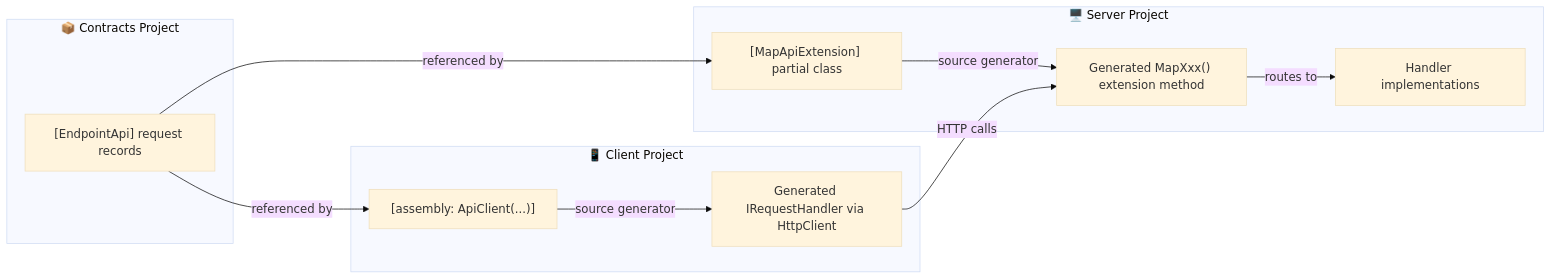
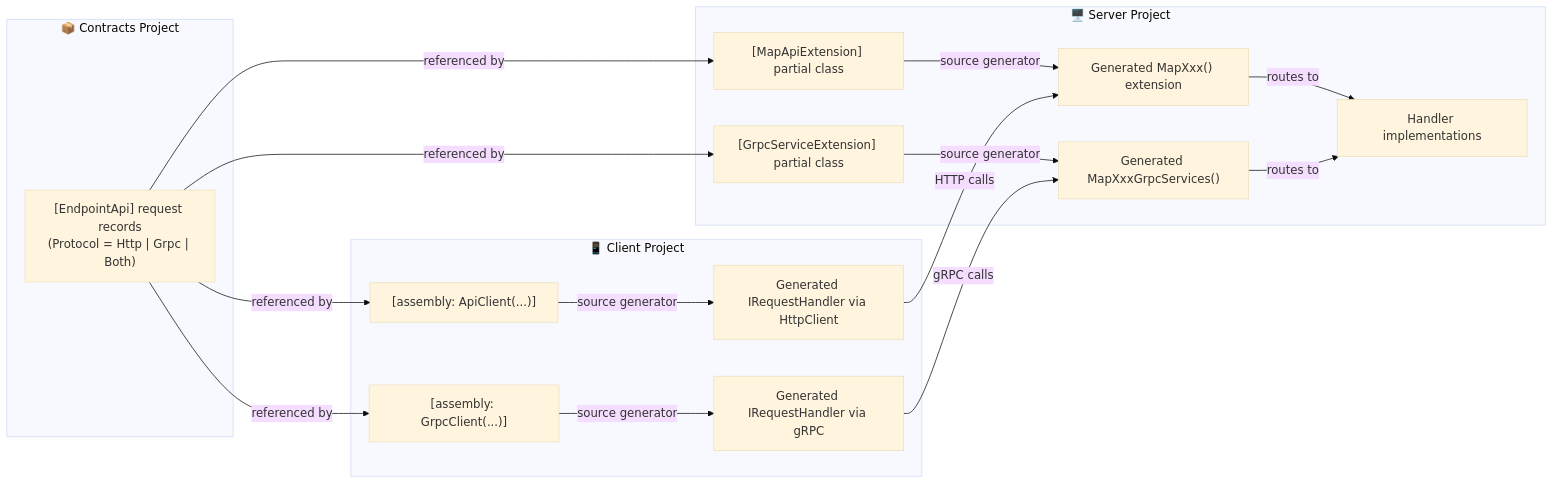
One commit to appliman/channelmediator changed the first of 4 diagrams in GENERATORS.md. Above: the diagram before and after it, drawn with Mermaid (base theme). The commit also changed other lines of this file and 46 other files, not shown here.

First line of the commit message:
feat: Implement gRPC source generator for ChannelMediator

````diff
--- a/GENERATORS.md
+++ b/GENERATORS.md
@@ -13,24 +15,34 @@
 ```mermaid
 graph LR
 	subgraph Shared["📦 Contracts Project"]
-		A["[EndpointApi] request records"]
+		A["[EndpointApi] request records\n(Protocol = Http | Grpc | Both)"]
 	end
 
 	subgraph Server["🖥️ Server Project"]
 		B["[MapApiExtension] partial class"]
-		C["Generated MapXxx() extension method"]
+		B2["[GrpcServiceExtension] partial class"]
+		C["Generated MapXxx() extension"]
+		C2["Generated MapXxxGrpcServices()"]
 		D["Handler implementations"]
 	end
 
 	subgraph Client["📱 Client Project"]
-		E["[assembly: ApiClient(...)]"]
+		E["[assembly: ApiClient(...)]"] 
+		E2["[assembly: GrpcClient(...)]"] 
 		F["Generated IRequestHandler via HttpClient"]
+		F2["Generated IRequestHandler via gRPC"]
 	end
 
 	A -->|referenced by| B
 	B -->|source generator| C
+	A -->|referenced by| B2
+	B2 -->|source generator| C2
+	C & C2 -->|routes to| D
+
 	A -->|referenced by| E
 	E -->|source generator| F
-	C -->|routes to| D
+	A -->|referenced by| E2
+	E2 -->|source generator| F2
 	F -->|HTTP calls| C
+	F2 -->|gRPC calls| C2
 ```
````
